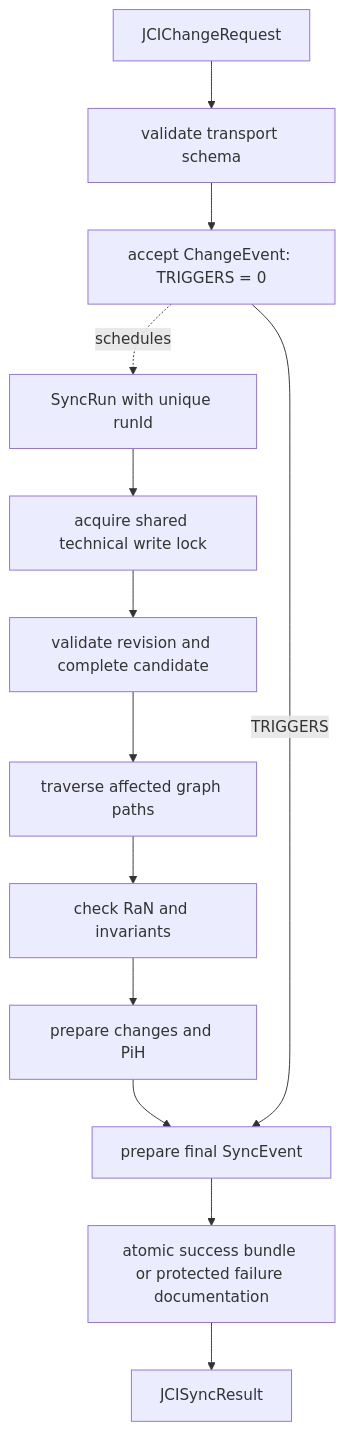
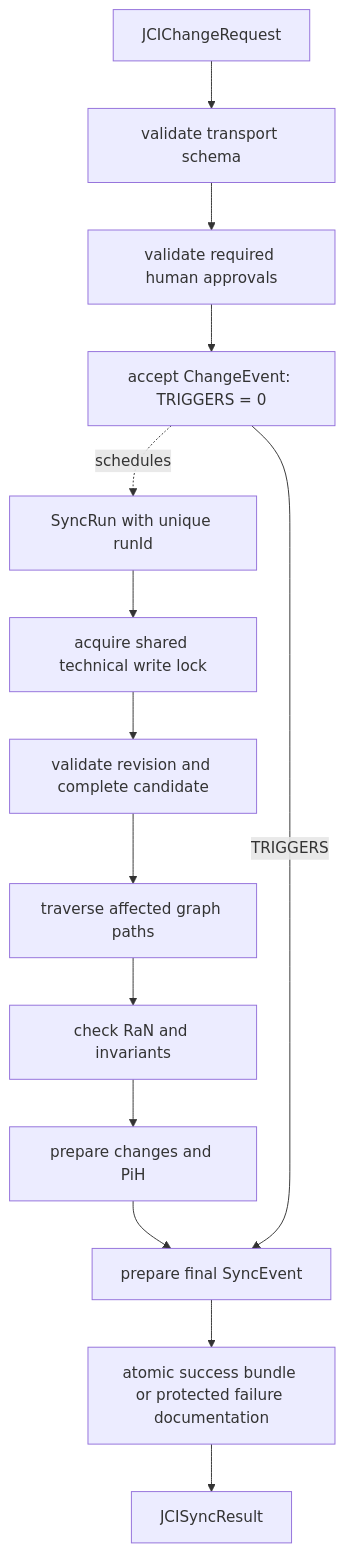
Before and after one commit to eeimicke/junaco-jci-loop: the diagram in docs/en/guides/JCI_IMPLEMENTATION_GUIDE.md, drawn with Mermaid. The commit also changed other lines of this file and 46 other files, not shown here.

````diff
--- a/docs/en/guides/JCI_IMPLEMENTATION_GUIDE.md
+++ b/docs/en/guides/JCI_IMPLEMENTATION_GUIDE.md
@@ -61,15 +91,16 @@
 ```mermaid
 flowchart TD
     Request[JCIChangeRequest] --> Transport[validate transport schema]
-    Transport --> ChangeEvent[accept ChangeEvent: TRIGGERS = 0]
+    Transport --> Approval[validate required human approvals]
+    Approval --> ChangeEvent[accept ChangeEvent: TRIGGERS = 0]
     ChangeEvent -. schedules .-> Run[SyncRun with unique runId]
     Run --> Gate[acquire shared technical write lock]
     Gate --> Validate[validate revision and complete candidate]
     Validate --> Traverse[traverse affected graph paths]
     Traverse --> Rules[check RaN and invariants]
     Rules --> Prepare[prepare changes and PiH]
     Prepare --> Event[prepare final SyncEvent]
     ChangeEvent -->|TRIGGERS| Event
     Event --> Commit[atomic success bundle or protected failure documentation]
     Commit --> Result[JCISyncResult]
 ```
````
